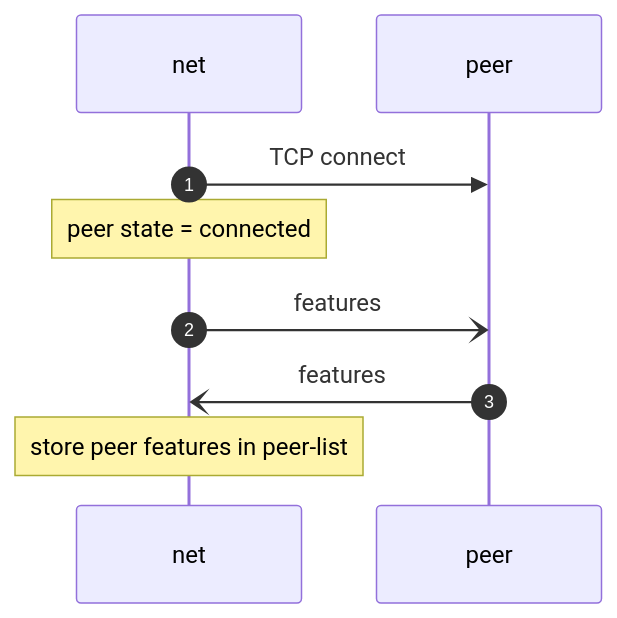
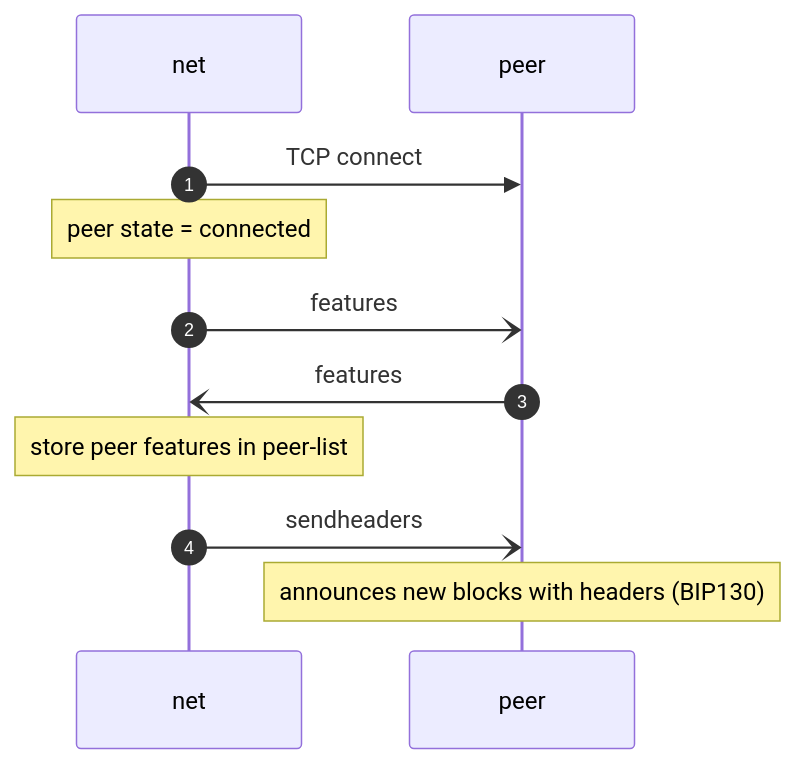
One commit to RustBTCD/btcd changed the first of 5 diagrams in docs/flows/communication.md. Above: the diagram before and after it, drawn with Mermaid. The commit also changed other lines of this file and 2 other files, not shown here.

Commit message:
Adding sendheaders message during peer connection, fixed inv processing

````diff
--- a/docs/flows/communication.md
+++ b/docs/flows/communication.md
@@ -8,11 +8,13 @@
 ```mermaid
 sequenceDiagram
     autonumber
     participant N as net
     participant P as peer
     N ->> P: TCP connect
     Note over N: peer state = connected
     N -) P: features
     P -) N: features
     Note over N: store peer features in peer-list
+    N -) P: sendheaders
+    Note over P: announces new blocks with headers (BIP130)
 ```
````
